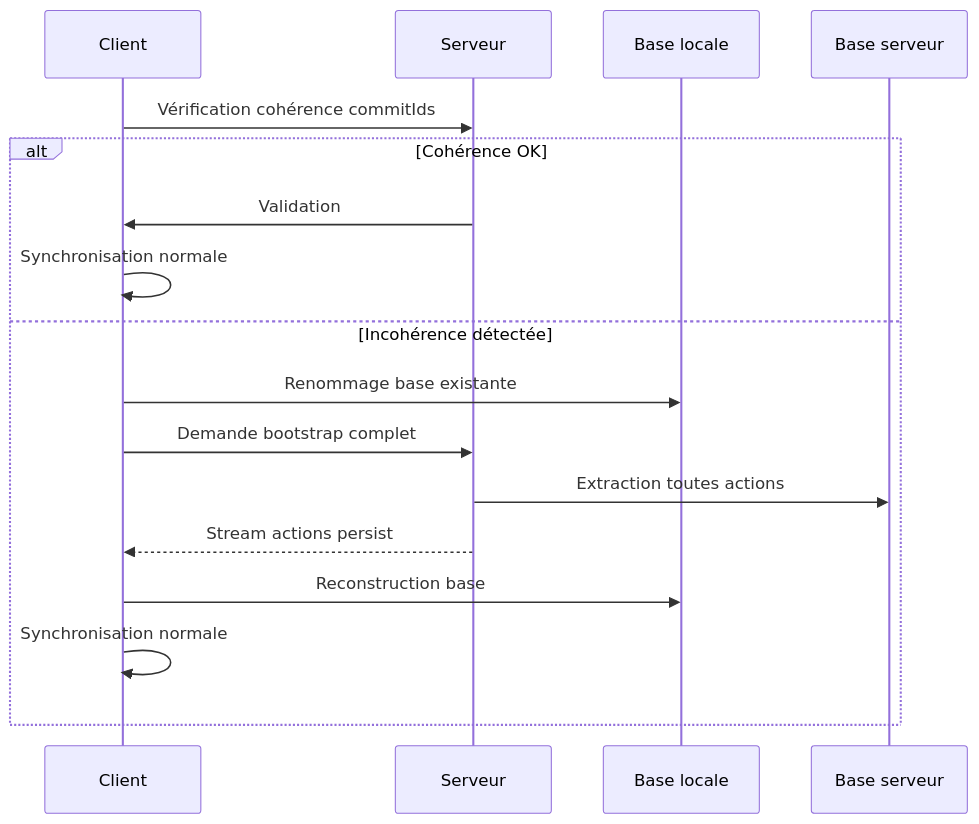
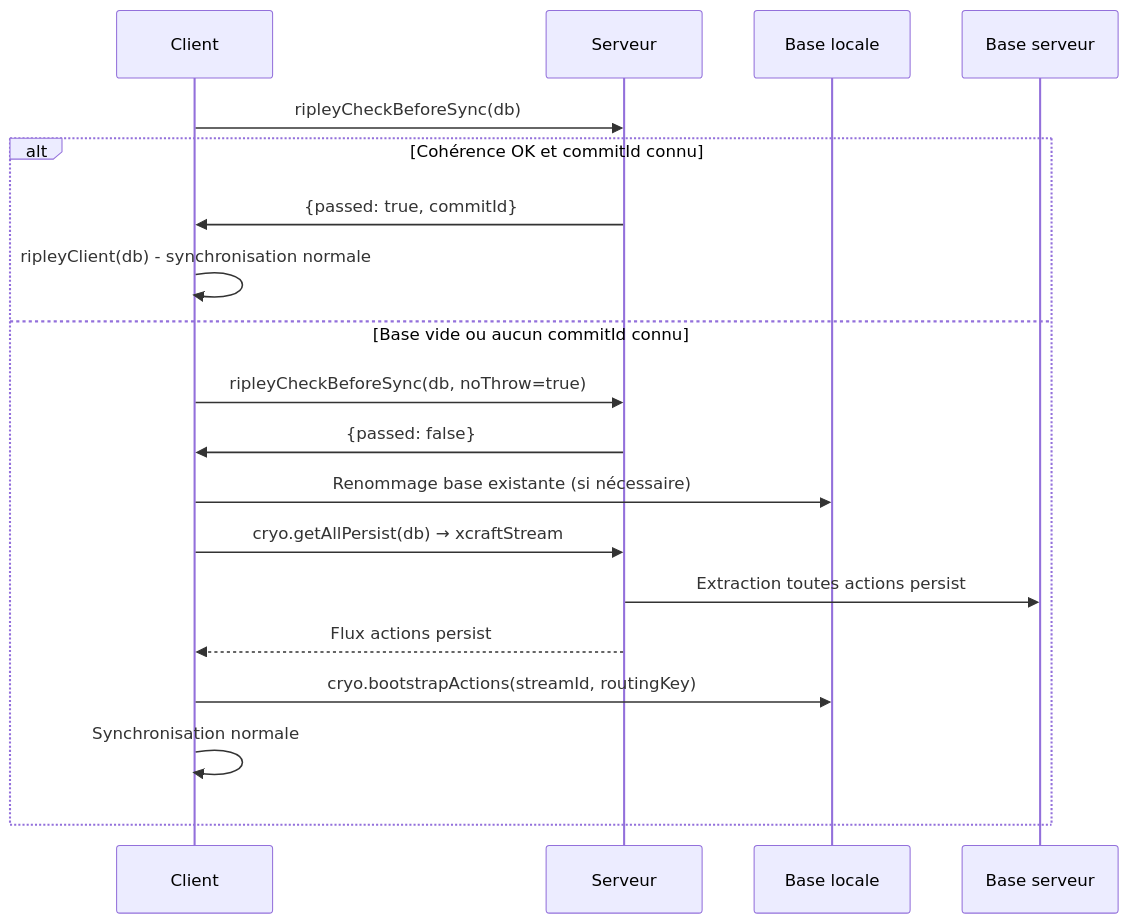
One commit to Xcraft-Inc/xcraft-core-goblin changed the fifth of 5 diagrams in doc/synchronization.md. Above: the diagram before and after it, drawn with Mermaid. The commit also changed other lines of this file, not shown here.

Commit message:
Update sync doc

````diff
--- a/doc/synchronization.md
+++ b/doc/synchronization.md
@@ -280,20 +322,22 @@
 ```mermaid
 sequenceDiagram
     participant C as Client
     participant S as Serveur
     participant DB as Base locale
     participant SDB as Base serveur
 
-    C->>S: Vérification cohérence commitIds
-    alt Cohérence OK
-        S->>C: Validation
-        C->>C: Synchronisation normale
-    else Incohérence détectée
-        C->>DB: Renommage base existante
-        C->>S: Demande bootstrap complet
-        S->>SDB: Extraction toutes actions
-        S-->>C: Stream actions persist
-        C->>DB: Reconstruction base
+    C->>S: ripleyCheckBeforeSync(db)
+    alt Cohérence OK et commitId connu
+        S->>C: {passed: true, commitId}
+        C->>C: ripleyClient(db) - synchronisation normale
+    else Base vide ou aucun commitId connu
+        C->>S: ripleyCheckBeforeSync(db, noThrow=true)
+        S->>C: {passed: false}
+        C->>DB: Renommage base existante (si nécessaire)
+        C->>S: cryo.getAllPersist(db) → xcraftStream
+        S->>SDB: Extraction toutes actions persist
+        S-->>C: Flux actions persist
+        C->>DB: cryo.bootstrapActions(streamId, routingKey)
         C->>C: Synchronisation normale
     end
 ```
````
